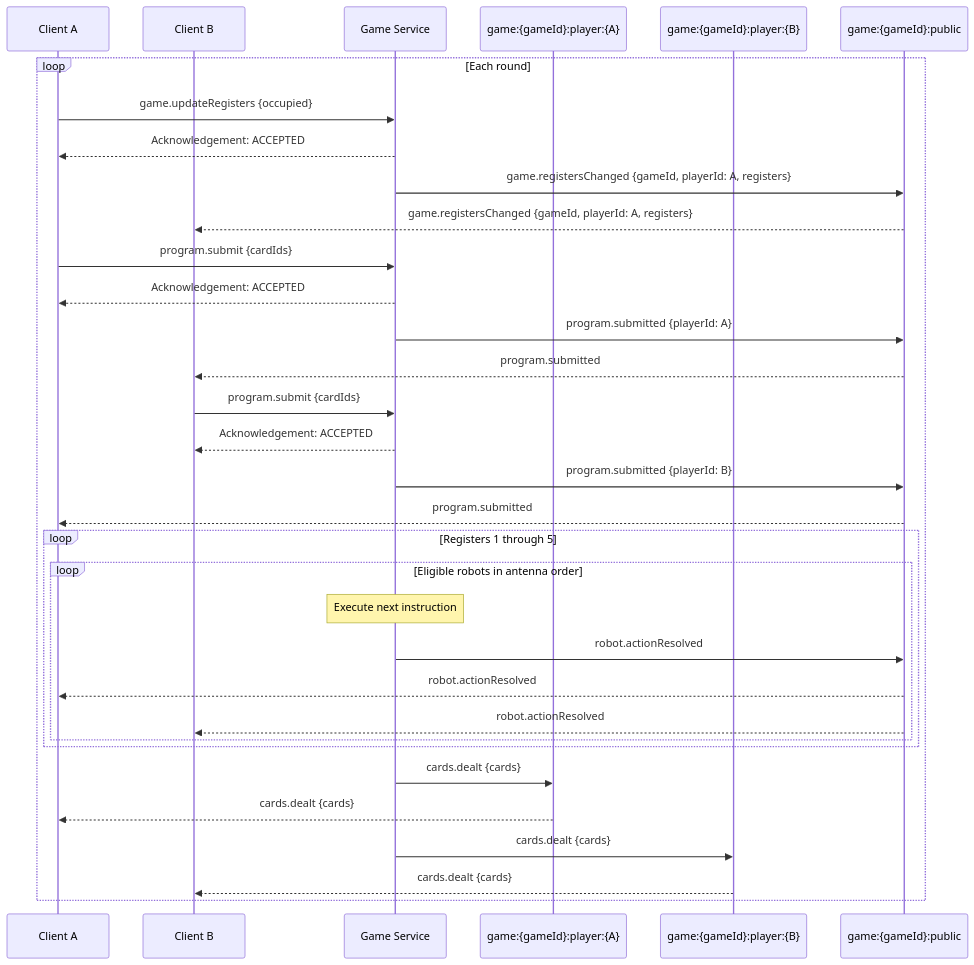
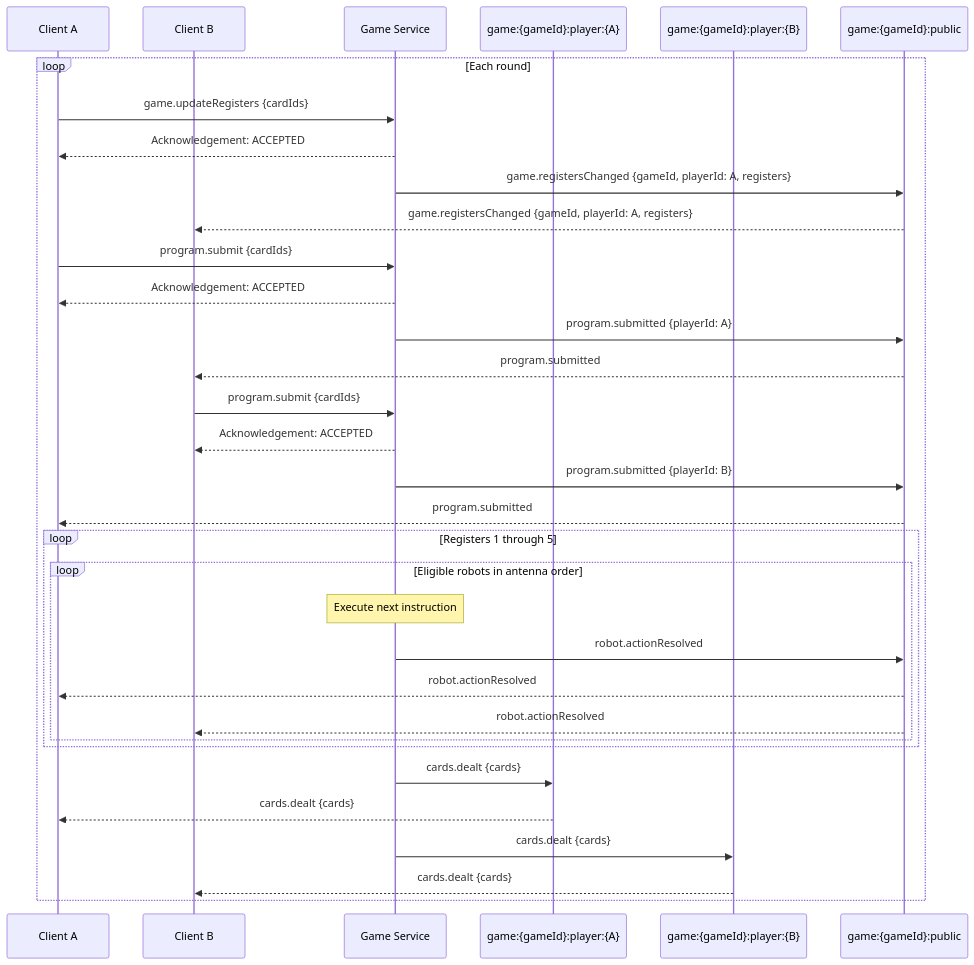
The fifth of 7 diagrams in docs/Communication.md (hananinas/RoboRally), drawn with Mermaid before and after one commit. The commit also changed other lines of this file and 2 other files, not shown here.

````diff
--- a/docs/Communication.md
+++ b/docs/Communication.md
@@ -246,38 +297,38 @@
 ```mermaid
 sequenceDiagram
     participant A as Client A
     participant B as Client B
     participant Server as Game Service
     participant PrivateA as game:{gameId}:player:{A}
     participant PrivateB as game:{gameId}:player:{B}
     participant Public as game:{gameId}:public
 
     loop Each round
-        A->>Server: game.updateRegisters {occupied}
+        A->>Server: game.updateRegisters {cardIds}
         Server-->>A: Acknowledgement: ACCEPTED
         Server->>Public: game.registersChanged {gameId, playerId: A, registers}
         Public-->>B: game.registersChanged {gameId, playerId: A, registers}
         A->>Server: program.submit {cardIds}
         Server-->>A: Acknowledgement: ACCEPTED
         Server->>Public: program.submitted {playerId: A}
         Public-->>B: program.submitted
 
         B->>Server: program.submit {cardIds}
         Server-->>B: Acknowledgement: ACCEPTED
         Server->>Public: program.submitted {playerId: B}
         Public-->>A: program.submitted
         loop Registers 1 through 5
             loop Eligible robots in antenna order
                 Note over Server: Execute next instruction
                 Server->>Public: robot.actionResolved
                 Public-->>A: robot.actionResolved
                 Public-->>B: robot.actionResolved
             end
         end
 
         Server->>PrivateA: cards.dealt {cards}
         PrivateA-->>A: cards.dealt {cards}
         Server->>PrivateB: cards.dealt {cards}
         PrivateB-->>B: cards.dealt {cards}
     end
 ```
````
